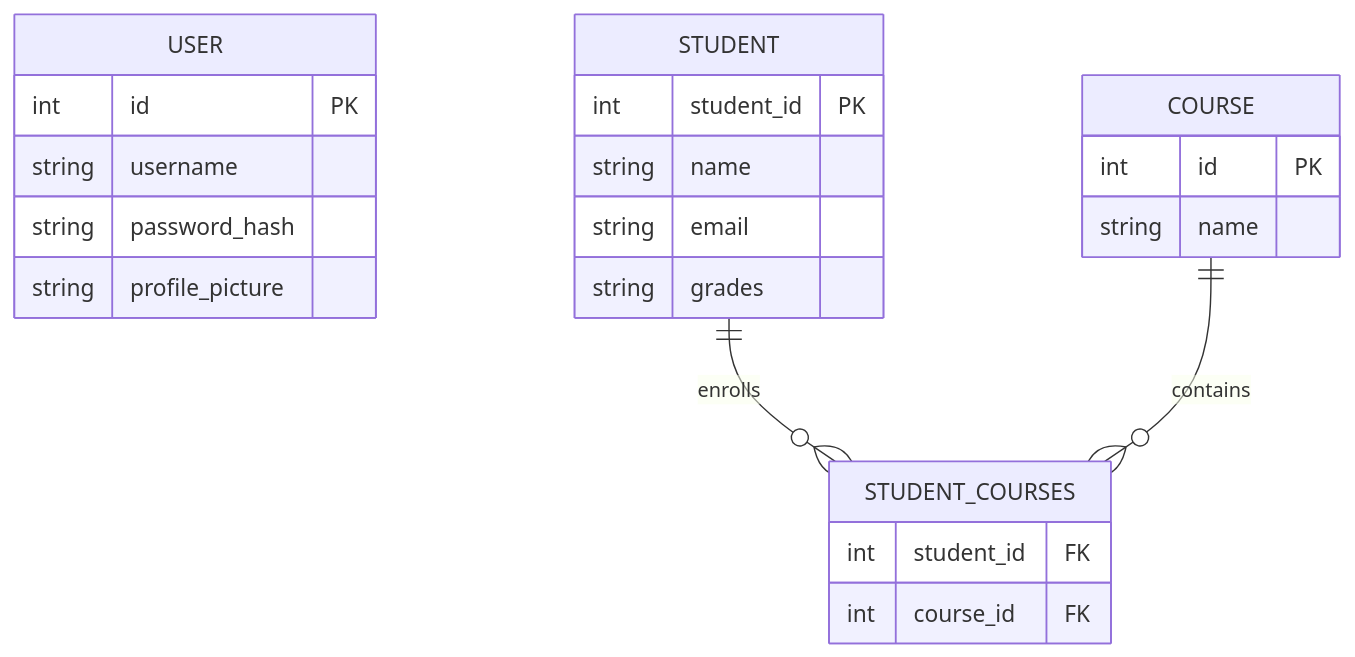
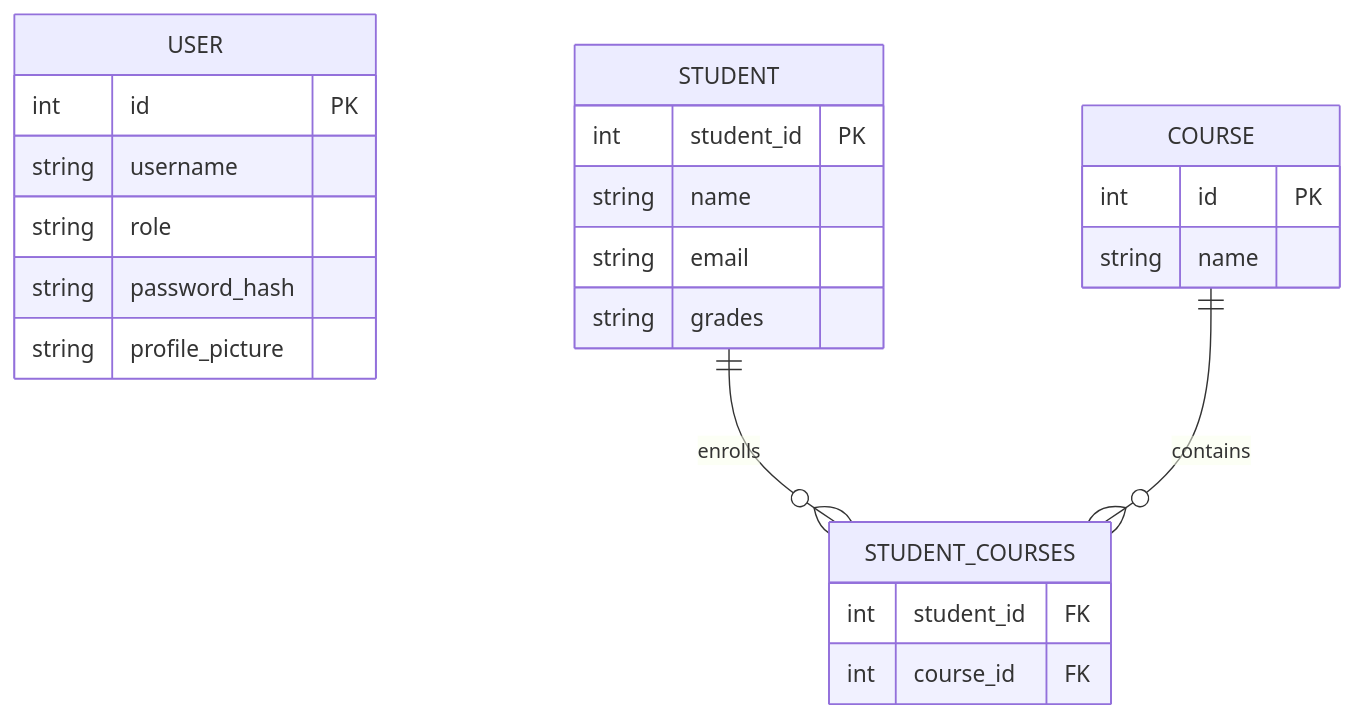
Before and after one commit to AbdAlruhman-Atout/flask-phase-project: the diagram in README.md, drawn with Mermaid. The commit also changed other lines of this file and 16 other files, not shown here.

````diff
--- a/README.md
+++ b/README.md
@@ -282,29 +280,30 @@
 ```mermaid
 erDiagram
     USER {
         int id PK
         string username
+        string role
         string password_hash
         string profile_picture
     }
 
     STUDENT {
         int student_id PK
         string name
         string email
         string grades
     }
 
     COURSE {
         int id PK
         string name
     }
 
     STUDENT_COURSES {
         int student_id FK
         int course_id FK
     }
 
     STUDENT ||--o{ STUDENT_COURSES : enrolls
     COURSE ||--o{ STUDENT_COURSES : contains
 ```
````
